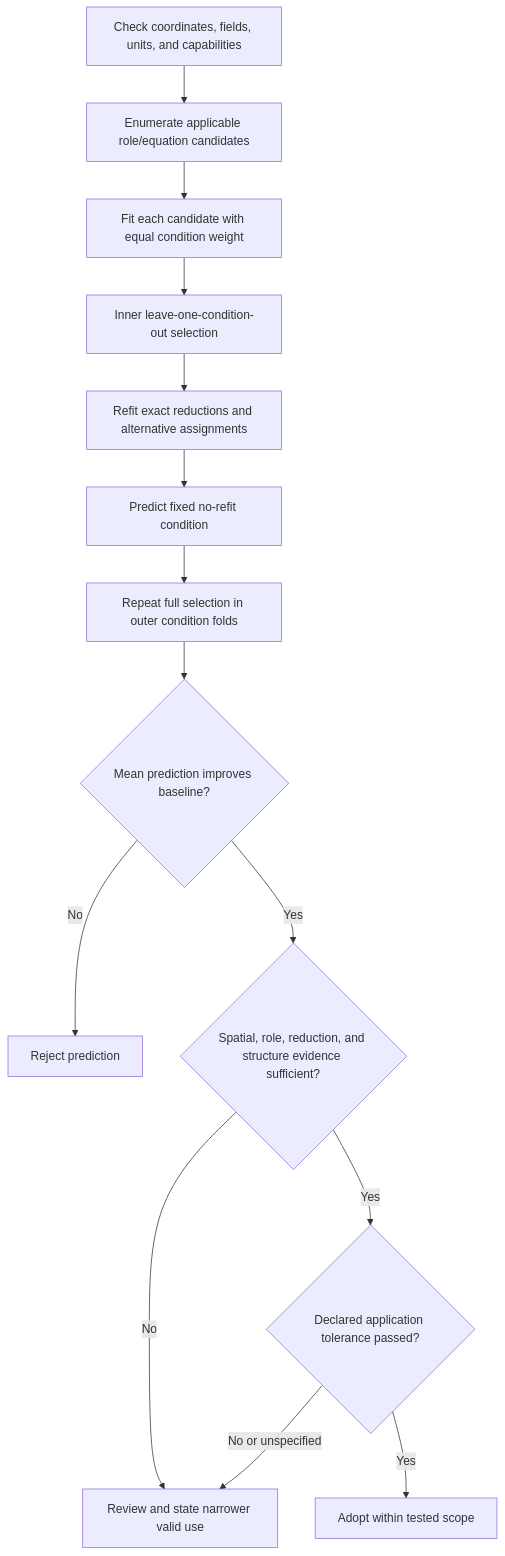
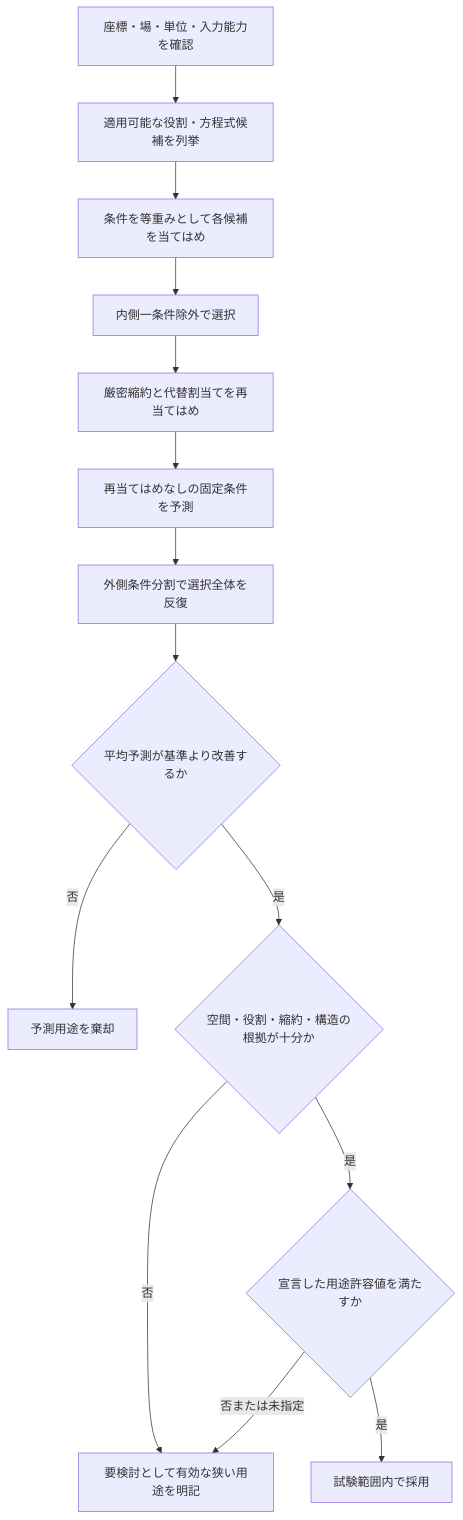
Before and after one commit to dkawa2523/cvd_ald: the diagram in docs/TECHNICAL_REPORT.md, drawn with Mermaid. The commit also changed other lines of this file and 25 other files, not shown here.

````diff
--- a/docs/TECHNICAL_REPORT.md
+++ b/docs/TECHNICAL_REPORT.md
@@ -172,16 +131,16 @@
 ```mermaid
 flowchart TD
-    I[Check coordinates, fields, units, and capabilities] --> C[Enumerate applicable role/equation candidates]
-    C --> F[Fit each candidate with equal condition weight]
-    F --> V[Inner leave-one-condition-out selection]
-    V --> R[Refit exact reductions and alternative assignments]
-    R --> H[Predict fixed no-refit condition]
-    H --> O[Repeat full selection in outer condition folds]
-    O --> P{Mean prediction improves baseline?}
-    P -->|No| X[Reject prediction]
-    P -->|Yes| S{Spatial, role, reduction, and structure evidence sufficient?}
-    S -->|No| Q[Review and state narrower valid use]
-    S -->|Yes| A{Declared application tolerance passed?}
-    A -->|No or unspecified| Q
-    A -->|Yes| D[Adopt within tested scope]
+    I[座標・場・単位・入力能力を確認] --> C[適用可能な役割・方程式候補を列挙]
+    C --> F[条件を等重みとして各候補を当てはめ]
+    F --> V[内側一条件除外で選択]
+    V --> R[厳密縮約と代替割当てを再当てはめ]
+    R --> H[再当てはめなしの固定条件を予測]
+    H --> O[外側条件分割で選択全体を反復]
+    O --> P{平均予測が基準より改善するか}
+    P -->|否| X[予測用途を棄却]
+    P -->|是| S{空間・役割・縮約・構造の根拠が十分か}
+    S -->|否| Q[要検討として有効な狭い用途を明記]
+    S -->|是| A{宣言した用途許容値を満たすか}
+    A -->|否または未指定| Q
+    A -->|是| D[試験範囲内で採用]
 ```
````
